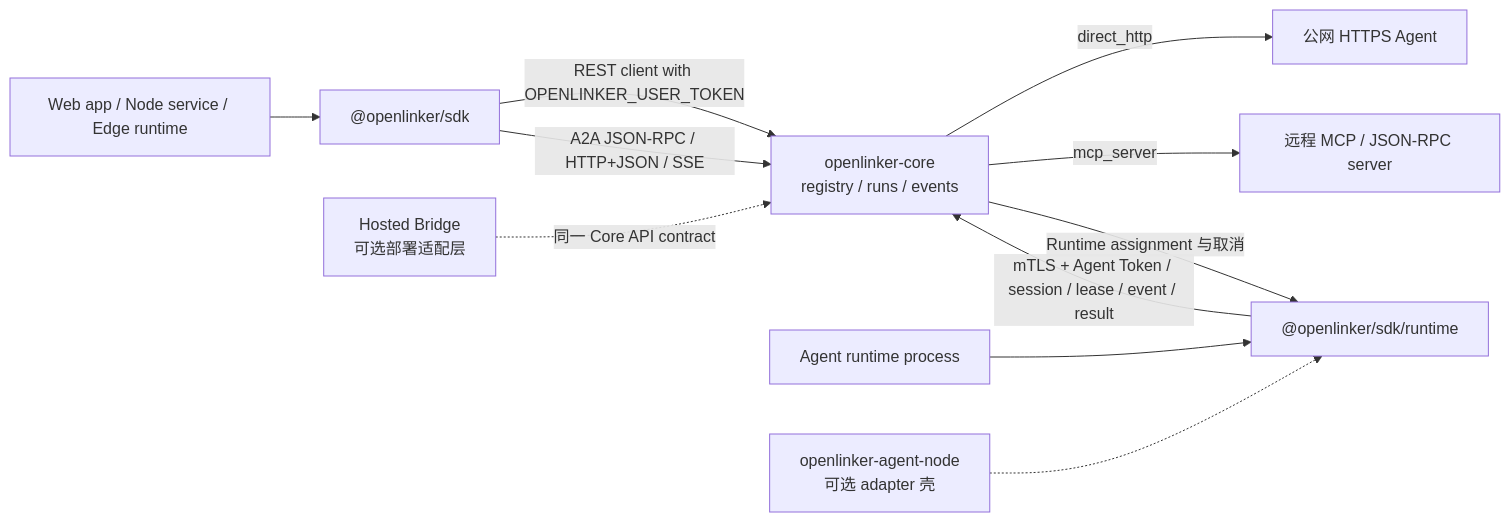
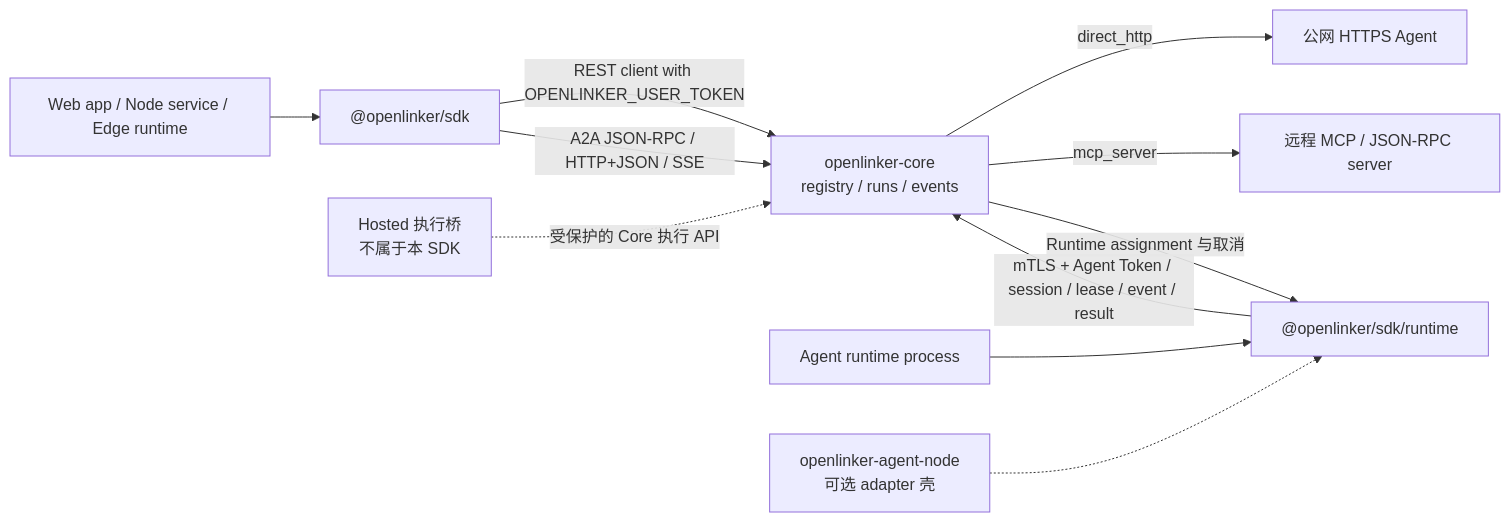
Before and after one commit to OpenLinker-ai/openlinker-js: the diagram in README.zh-CN.md, drawn with Mermaid. The commit also changed other lines of this file and 4 other files, not shown here.

````diff
--- a/README.zh-CN.md
+++ b/README.zh-CN.md
@@ -24,15 +29,15 @@
 ```mermaid
 flowchart LR
   App["Web app / Node service / Edge runtime"] --> ClientSDK["@openlinker/sdk"]
   ClientSDK -->|"REST client with OPENLINKER_USER_TOKEN"| Core["openlinker-core<br/>registry / runs / events"]
   ClientSDK -->|"A2A JSON-RPC / HTTP+JSON / SSE"| Core
   Runtime["Agent runtime process"] --> RuntimeSDK["@openlinker/sdk/runtime"]
   RuntimeSDK -->|"mTLS + Agent Token / session / lease / event / result"| Core
 
-  HostedBridge["Hosted Bridge<br/>可选部署适配层"] -.->|"同一 Core API contract"| Core
+  HostedBridge["Hosted 执行桥<br/>不属于本 SDK"] -.->|"受保护的 Core 执行 API"| Core
 
   Core -->|"direct_http"| HTTPAgent["公网 HTTPS Agent"]
   Core -->|"mcp_server"| MCPAgent["远程 MCP / JSON-RPC server"]
   Core -->|"Runtime assignment 与取消"| RuntimeSDK
   AgentNode["openlinker-agent-node<br/>可选 adapter 壳"] -.-> RuntimeSDK
 ```
````
